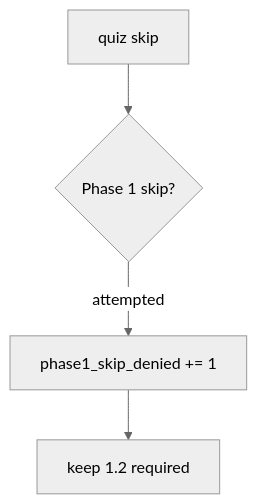
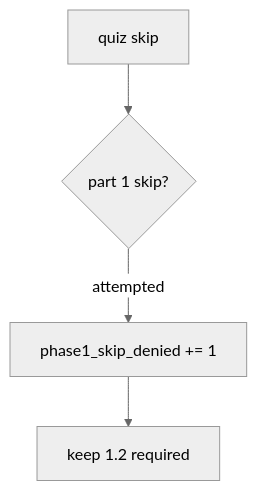
The diagram in content/modules/0/0.2/lessons/06-operate.md (ishitvagoel/LearnSecurity), drawn with Mermaid (neutral theme) before and after one commit. The commit also changed other lines of this file and 44 other files, not shown here.

````diff
--- a/content/modules/0/0.2/lessons/06-operate.md
+++ b/content/modules/0/0.2/lessons/06-operate.md
@@ -13,6 +13,6 @@
 ```mermaid
 flowchart TD
-  Call[quiz skip] --> Ok{"Phase 1 skip?"}
+  Call[quiz skip] --> Ok{"part 1 skip?"}
   Ok -->|attempted| Metric["phase1_skip_denied += 1"]
   Metric --> Reopen["keep 1.2 required"]
 ```
````
